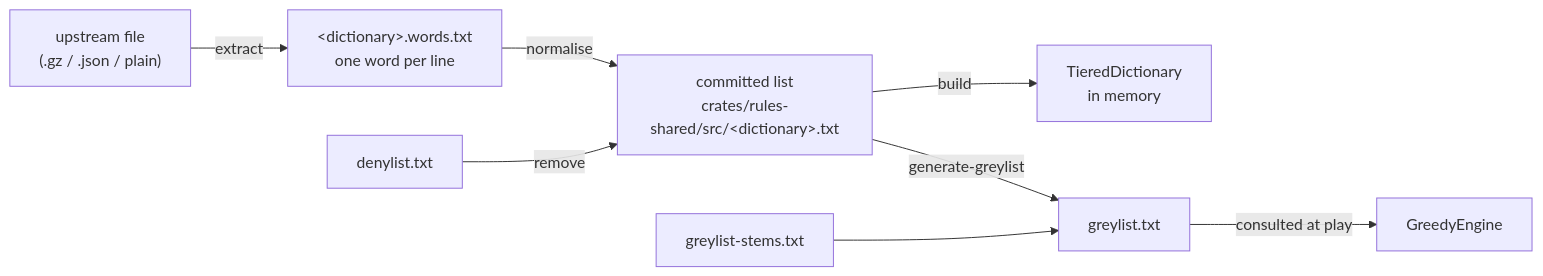
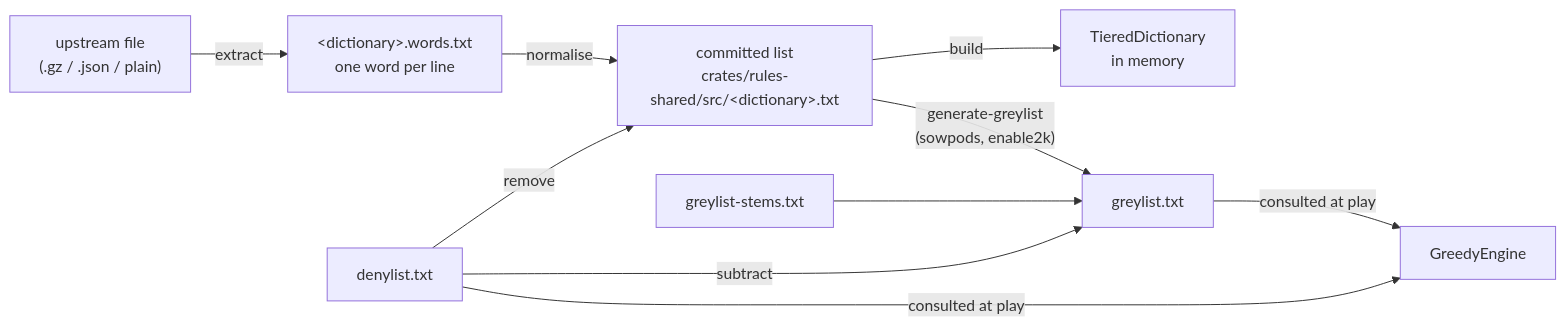
Before and after one commit to delphside/tile-lite-elite: the diagram in docs/4.3.5-word-lists-and-dictionaries.md, drawn with Mermaid. The commit also changed other lines of this file and 35 other files, not shown here.

````diff
--- a/docs/4.3.5-word-lists-and-dictionaries.md
+++ b/docs/4.3.5-word-lists-and-dictionaries.md
@@ -32,10 +33,12 @@
 ```mermaid
 flowchart LR
     U["upstream file<br/>(.gz / .json / plain)"] -->|extract| P["&lt;dictionary&gt;.words.txt<br/>one word per line"]
     P -->|normalise| C["committed list<br/>crates/rules-shared/src/&lt;dictionary&gt;.txt"]
     D["denylist.txt"] -->|remove| C
     C -->|build| T["TieredDictionary<br/>in memory"]
-    C -->|generate-greylist| G["greylist.txt"]
+    C -->|"generate-greylist<br/>(sowpods, enable2k)"| G["greylist.txt"]
     S["greylist-stems.txt"] --> G
+    D -->|subtract| G
     G -->|consulted at play| E["GreedyEngine"]
+    D -->|consulted at play| E
 ```
````
